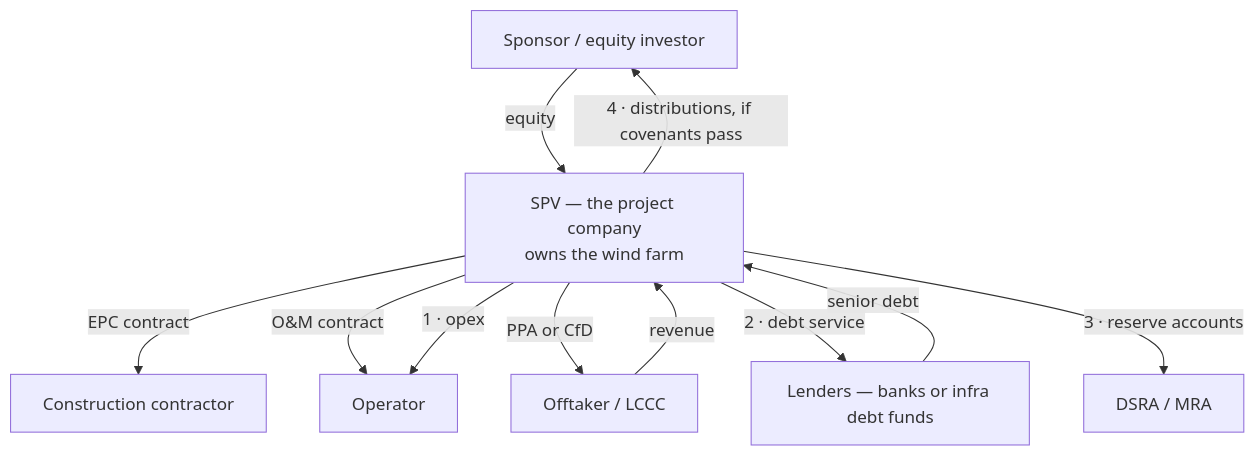
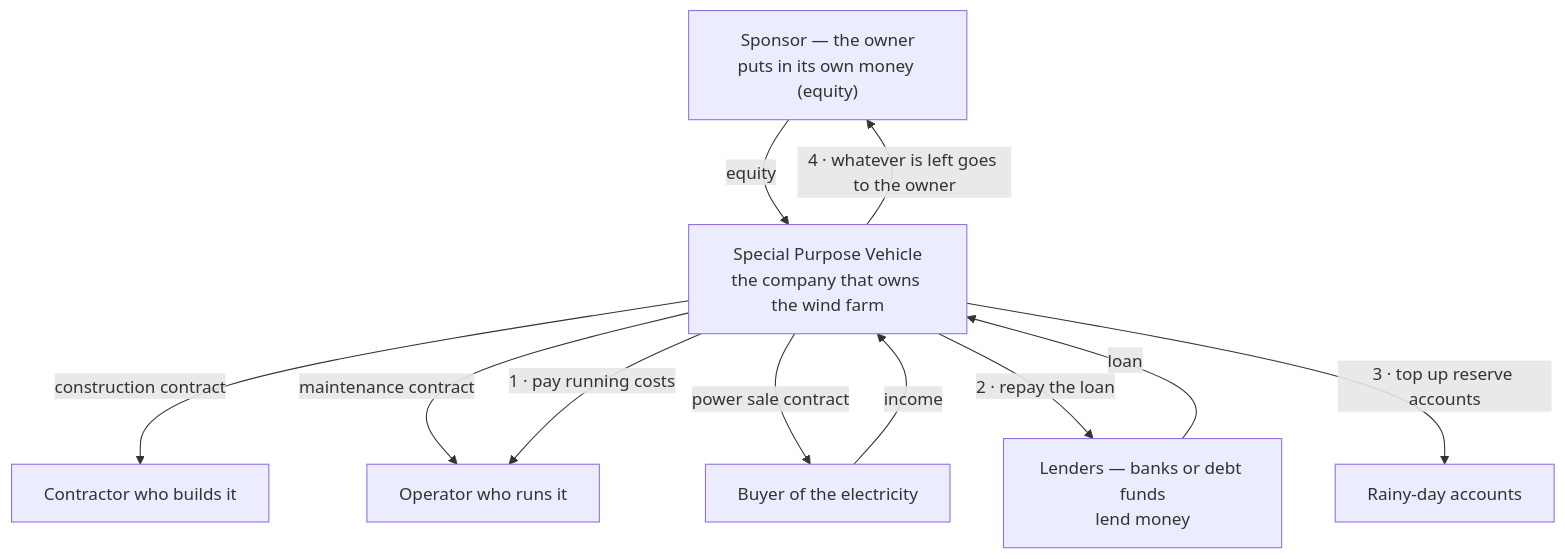
Before and after one commit to cwkcodes/lockbox: the fourth of 4 diagrams in curriculum/modules/D1-wind-solar-bess-revenue-stack.md, drawn with Mermaid. The commit also changed other lines of this file and 2 other files, not shown here.

````diff
--- a/curriculum/modules/D1-wind-solar-bess-revenue-stack.md
+++ b/curriculum/modules/D1-wind-solar-bess-revenue-stack.md
@@ -766,13 +1009,13 @@
 ```mermaid
 flowchart TB
-  SP["Sponsor / equity investor"] -->|"equity"| SPV["SPV — the project company<br/>owns the wind farm"]
-  LEND["Lenders — banks or infra debt funds"] -->|"senior debt"| SPV
-  SPV -->|"EPC contract"| EPC["Construction contractor"]
-  SPV -->|"O&M contract"| OM["Operator"]
-  SPV -->|"PPA or CfD"| OFF["Offtaker / LCCC"]
-  OFF -->|"revenue"| SPV
-  SPV -->|"1 · opex"| OM
-  SPV -->|"2 · debt service"| LEND
-  SPV -->|"3 · reserve accounts"| RES["DSRA / MRA"]
-  SPV -->|"4 · distributions, if covenants pass"| SP
+  SP["Sponsor — the owner<br/>puts in its own money (equity)"] -->|"equity"| SPV["Special Purpose Vehicle<br/>the company that owns the wind farm"]
+  LEND["Lenders — banks or debt funds<br/>lend money"] -->|"loan"| SPV
+  SPV -->|"construction contract"| EPC["Contractor who builds it"]
+  SPV -->|"maintenance contract"| OM["Operator who runs it"]
+  SPV -->|"power sale contract"| OFF["Buyer of the electricity"]
+  OFF -->|"income"| SPV
+  SPV -->|"1 · pay running costs"| OM
+  SPV -->|"2 · repay the loan"| LEND
+  SPV -->|"3 · top up reserve accounts"| RES["Rainy-day accounts"]
+  SPV -->|"4 · whatever is left goes to the owner"| SP
 ```
````
